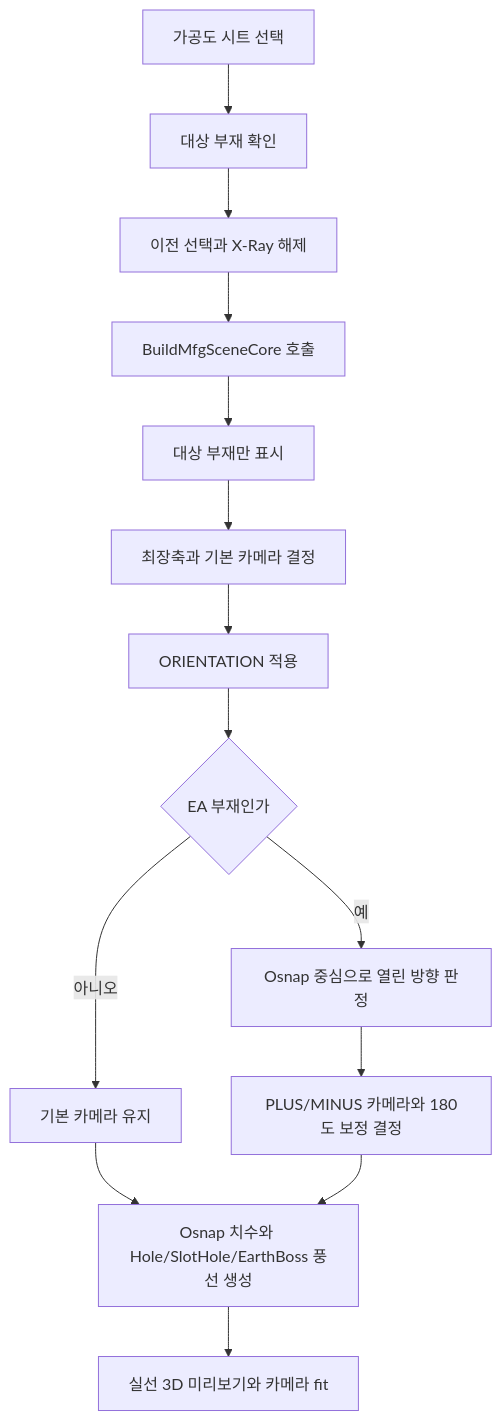
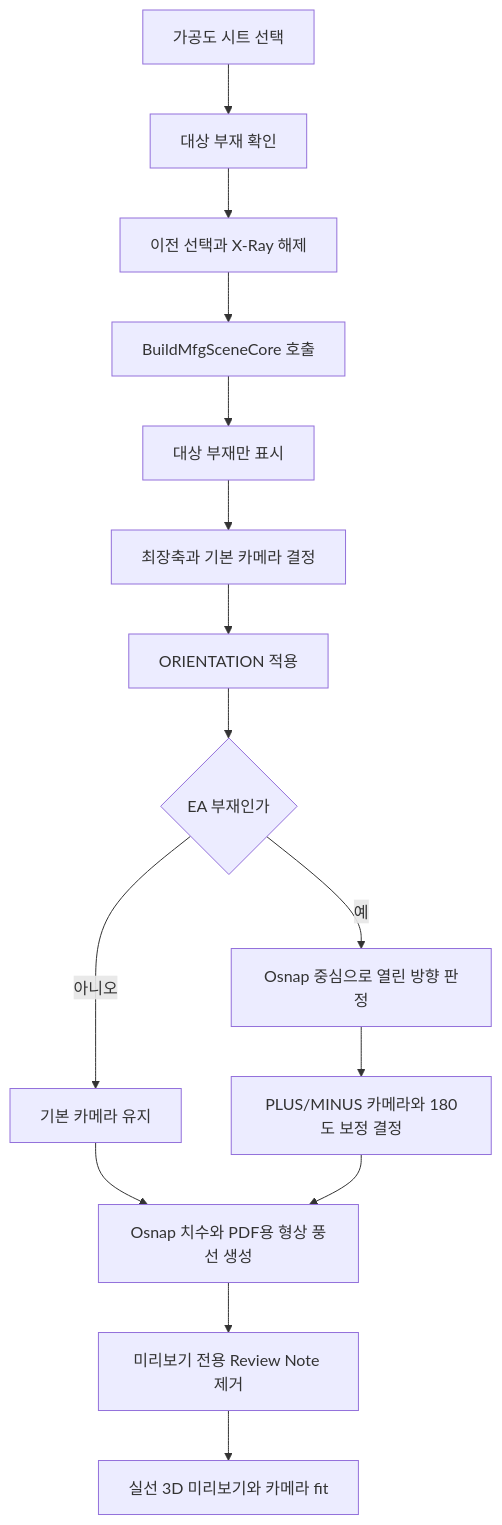
The diagram in docs/기능/가공도/가공도 단일.md (uuuuj/a2z), drawn with Mermaid before and after one commit. The commit also changed other lines of this file and 7 other files, not shown here.

````diff
--- a/docs/기능/가공도/가공도 단일.md
+++ b/docs/기능/가공도/가공도 단일.md
@@ -21,16 +21,17 @@
 ```mermaid
 flowchart TD
     A["가공도 시트 선택"] --> B["대상 부재 확인"]
     B --> C["이전 선택과 X-Ray 해제"]
     C --> D["BuildMfgSceneCore 호출"]
     D --> E["대상 부재만 표시"]
     E --> F["최장축과 기본 카메라 결정"]
     F --> G["ORIENTATION 적용"]
     G --> H{"EA 부재인가"}
     H -- 아니오 --> I["기본 카메라 유지"]
     H -- 예 --> J["Osnap 중심으로 열린 방향 판정"]
     J --> K["PLUS/MINUS 카메라와 180도 보정 결정"]
-    I --> L["Osnap 치수와 Hole/SlotHole/EarthBoss 풍선 생성"]
+    I --> L["Osnap 치수와 PDF용 형상 풍선 생성"]
     K --> L
-    L --> M["실선 3D 미리보기와 카메라 fit"]
+    L --> M["미리보기 전용 Review Note 제거"]
+    M --> N["실선 3D 미리보기와 카메라 fit"]
 ```
````
